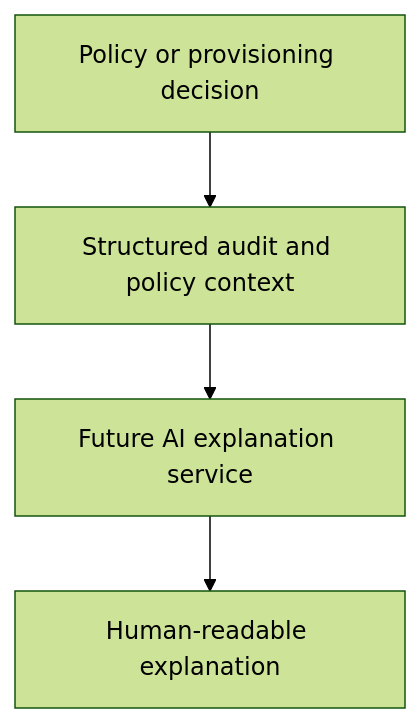
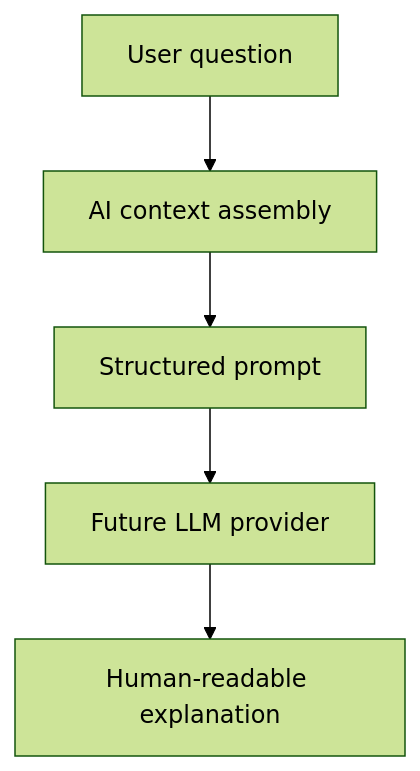
One commit to happelj/accessiq changed diagram 15 of 15 in docs/architecture.md. Above: the diagram before and after it, drawn with Mermaid (forest theme). The commit also changed other lines of this file and 13 other files, not shown here.

Commit message:
Add AI context assembly engine

````diff
--- a/docs/architecture.md
+++ b/docs/architecture.md
@@ -478,11 +511,13 @@
 ```mermaid
 flowchart TD
-    Decision["Policy or provisioning decision"]
-    Context["Structured audit and policy context"]
-    Explanation["Future AI explanation service"]
+    Question["User question"]
+    Context["AI context assembly"]
+    Prompt["Structured prompt"]
+    Provider["Future LLM provider"]
     UserFacing["Human-readable explanation"]
 
-    Decision --> Context
-    Context --> Explanation
-    Explanation --> UserFacing
+    Question --> Context
+    Context --> Prompt
+    Prompt --> Provider
+    Provider --> UserFacing
 ```
````
